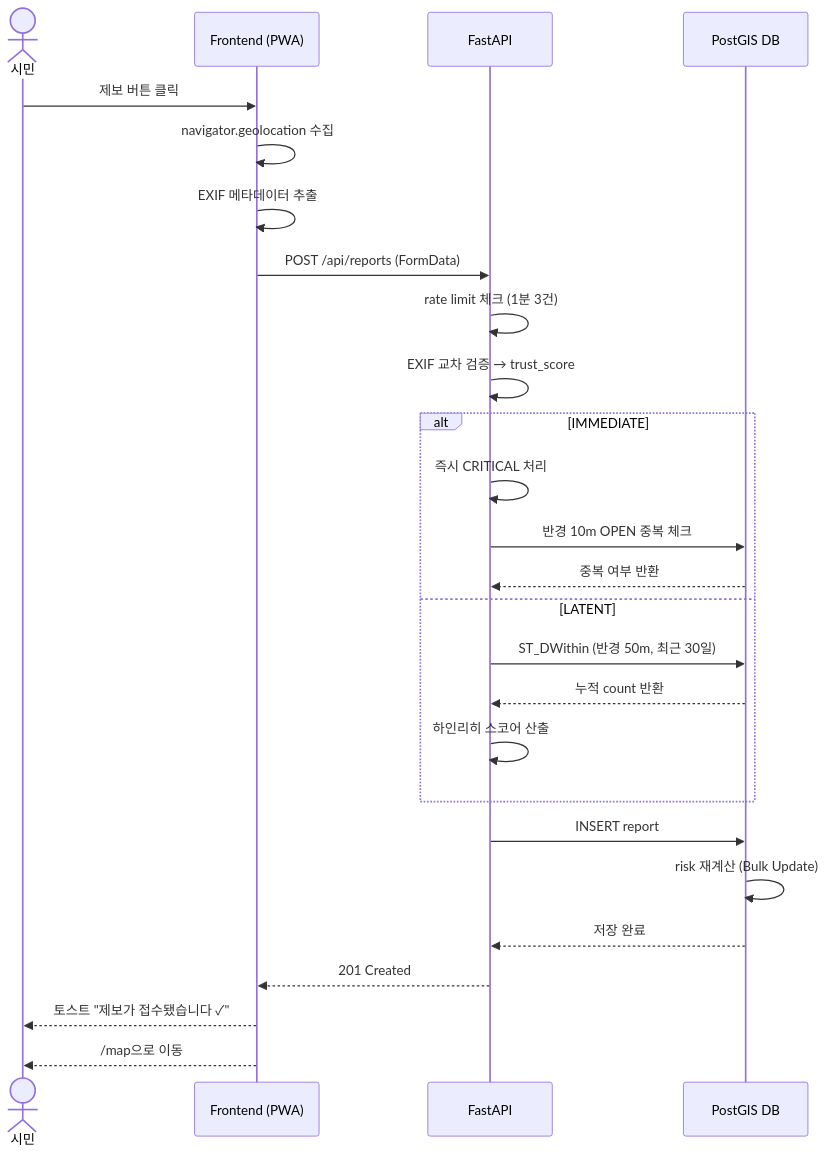
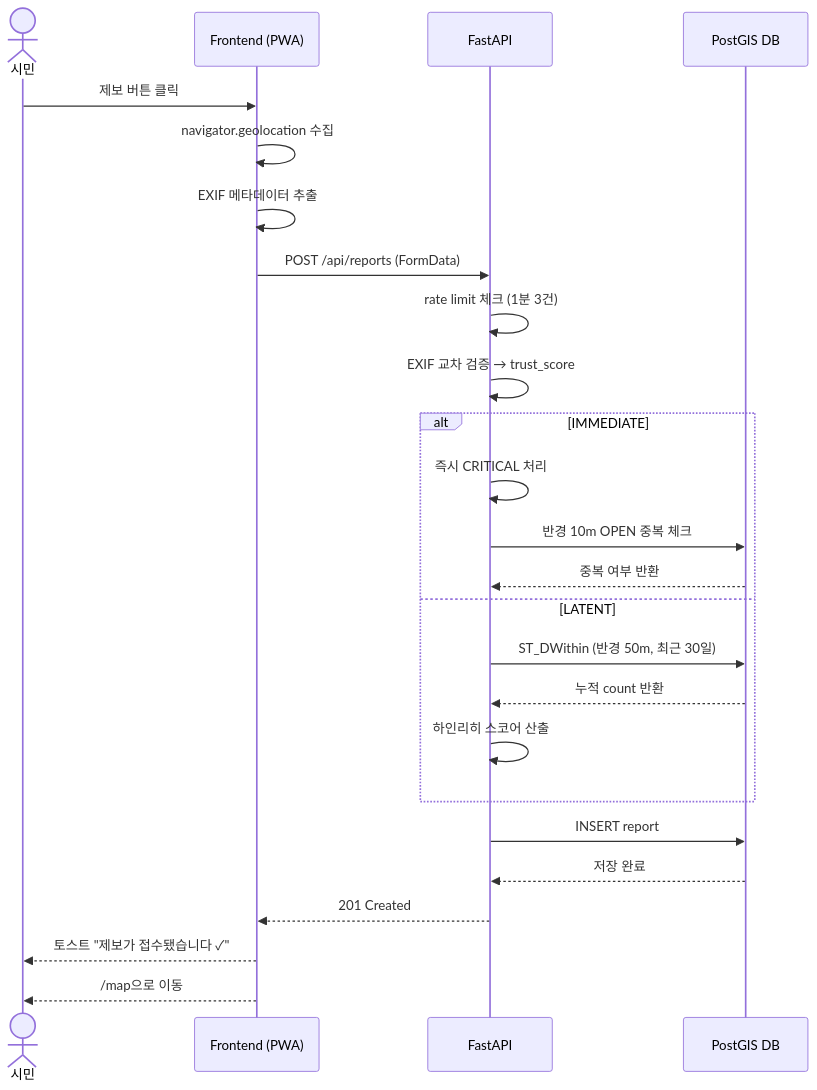
Before and after one commit to Heinrich-Safety-Platform/heinrich-backend: the first of 4 diagrams in docs/UML.md, drawn with Mermaid. The commit also changed other lines of this file and 4 other files, not shown here.

````diff
--- a/docs/UML.md
+++ b/docs/UML.md
@@ -5,29 +5,28 @@
 ```mermaid
 sequenceDiagram
     actor 시민
     participant FE as Frontend (PWA)
     participant BE as FastAPI
     participant DB as PostGIS DB
 
     시민->>FE: 제보 버튼 클릭
     FE->>FE: navigator.geolocation 수집
     FE->>FE: EXIF 메타데이터 추출
     FE->>BE: POST /api/reports (FormData)
     BE->>BE: rate limit 체크 (1분 3건)
     BE->>BE: EXIF 교차 검증 → trust_score
     alt IMMEDIATE
         BE->>BE: 즉시 CRITICAL 처리
         BE->>DB: 반경 10m OPEN 중복 체크
         DB-->>BE: 중복 여부 반환
     else LATENT
         BE->>DB: ST_DWithin (반경 50m, 최근 30일)
         DB-->>BE: 누적 count 반환
         BE->>BE: 하인리히 스코어 산출
     end
     BE->>DB: INSERT report
-    DB->>DB: risk 재계산 (Bulk Update)
     DB-->>BE: 저장 완료
     BE-->>FE: 201 Created
     FE-->>시민: 토스트 "제보가 접수됐습니다 ✓"
     FE-->>시민: /map으로 이동
 ```
````
